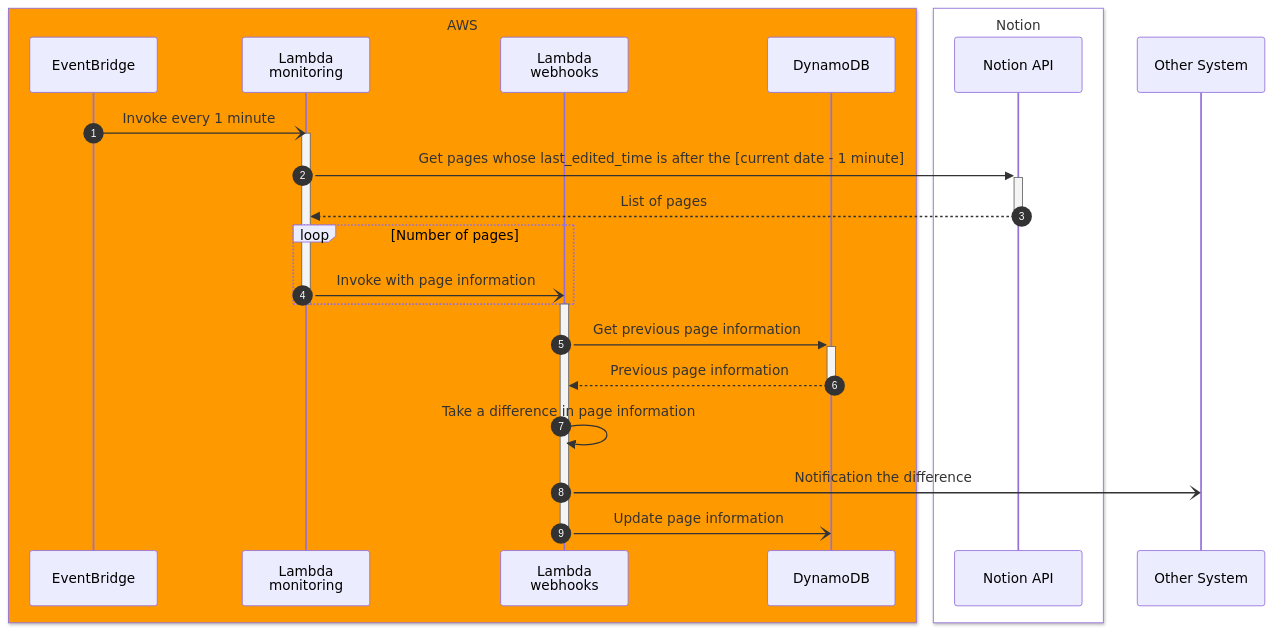
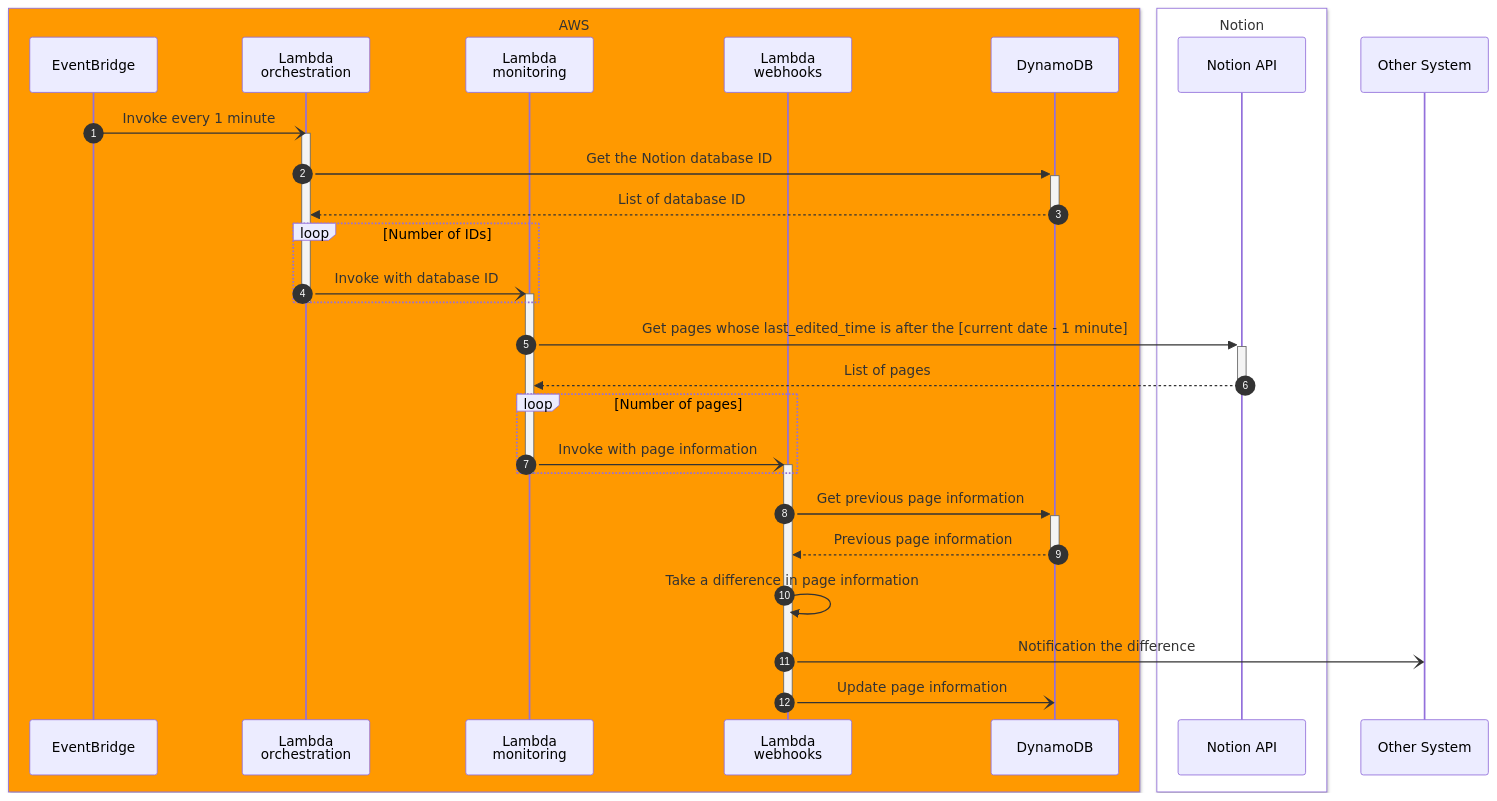
The diagram in docs/design.md (zaki3mymy/Notion-Webhooks), drawn with Mermaid before and after one commit. The commit also changed other lines of this file, not shown here.

Commit message:
Update design doc for orchestration

````diff
--- a/docs/design.md
+++ b/docs/design.md
@@ -28,34 +42,42 @@
 ```mermaid
 sequenceDiagram
     autonumber
 
     box rgb(255, 153, 0) AWS
     participant EB as EventBridge
+    participant L0 as Lambda<br>orchestration
     participant L1 as Lambda<br>monitoring
     participant L2 as Lambda<br>webhooks
     participant DynamoDB
     end
     box rgb(255, 255, 255) Notion
     participant Notion as Notion API
     end
     participant Other System
 
-    EB -) L1: Invoke every 1 minute
+    EB -) L0: Invoke every 1 minute
 
-    activate L1
+    activate L0
+
+    L0 ->>+ DynamoDB: Get the Notion database ID
+    DynamoDB -->>- L0: List of database ID
+    loop Number of IDs
+        L0 -)+ L1: Invoke with database ID
+    end
+    deactivate L0
+
     L1 ->>+ Notion: Get pages whose last_edited_time is after the [current date - 1 minute]
     Notion -->>- L1: List of pages
 
     loop Number of pages
-        L1 -) L2: Invoke with page information
+        L1 -)+ L2: Invoke with page information
     end
     deactivate L1
 
-    activate L2
     L2 ->>+ DynamoDB: Get previous page information
     DynamoDB -->>- L2: Previous page information
     L2 ->> L2: Take a difference in page information
     L2 -) Other System: Notification the difference
     L2 -) DynamoDB: Update page information
     deactivate L2
 ```
````
